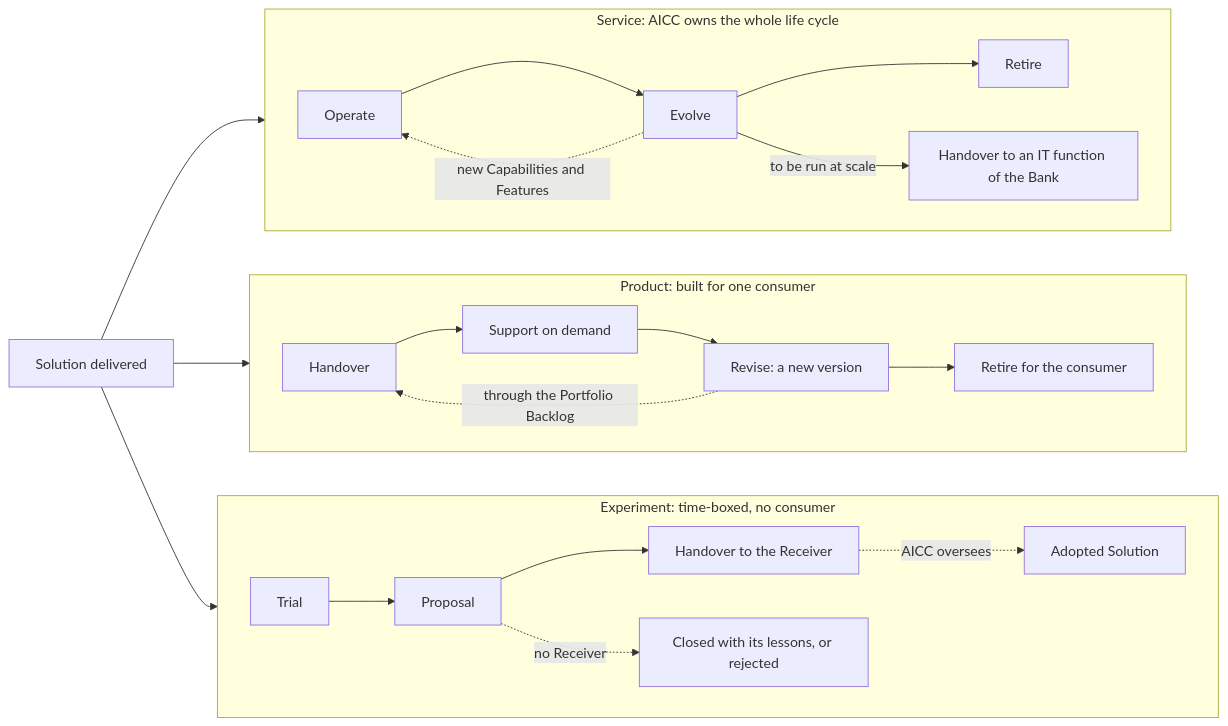
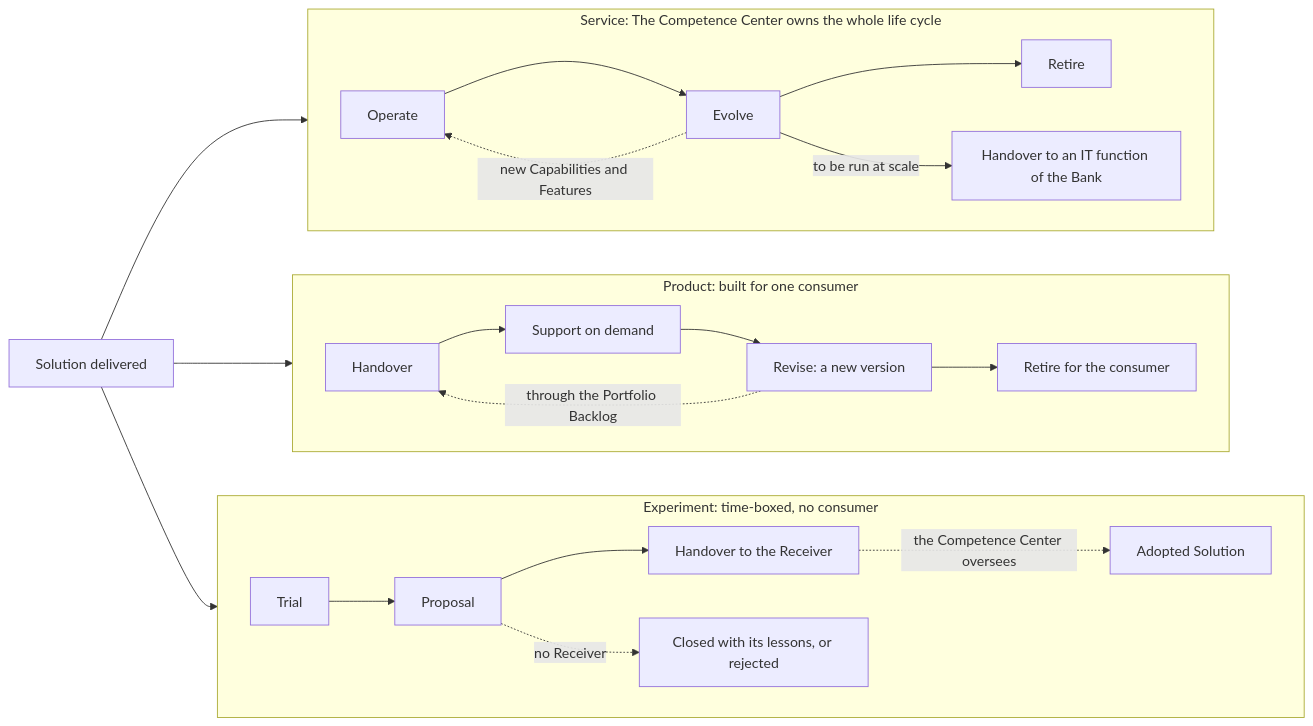
The eighth of 10 diagrams in charter/en/workflows/service-delivery.md (devhogu/ob-aicc), drawn with Mermaid before and after one commit. The commit also changed other lines of this file and 1149 other files, not shown here.

First line of the commit message:
The name Competence Center: AICC stays only as a code (DR-2026-066)

````diff
--- a/charter/en/workflows/service-delivery.md
+++ b/charter/en/workflows/service-delivery.md
@@ -198,23 +198,23 @@
 ```mermaid
 flowchart LR
   D["Solution delivered"] --> SV
   D --> PR
   D --> EX
-  subgraph SV["Service: AICC owns the whole life cycle"]
+  subgraph SV["Service: The Competence Center owns the whole life cycle"]
     direction LR
     S1["Operate"] --> S2["Evolve"] --> S3["Retire"]
     S2 -.new Capabilities and Features.-> S1
     S2 -->|"to be run at scale"| S4["Handover to an IT function of the Bank"]
   end
   subgraph PR["Product: built for one consumer"]
     direction LR
     P1["Handover"] --> P2["Support on demand"] --> P3["Revise: a new version"] --> P4["Retire for the consumer"]
     P3 -.through the Portfolio Backlog.-> P1
   end
   subgraph EX["Experiment: time-boxed, no consumer"]
     direction LR
     X1["Trial"] --> X2["Proposal"] --> X3["Handover to the Receiver"]
-    X3 -.AICC oversees.-> A["Adopted Solution"]
+    X3 -.the Competence Center oversees.-> A["Adopted Solution"]
     X2 -.->|"no Receiver"| X4["Closed with its lessons, or rejected"]
   end
 ```
````
